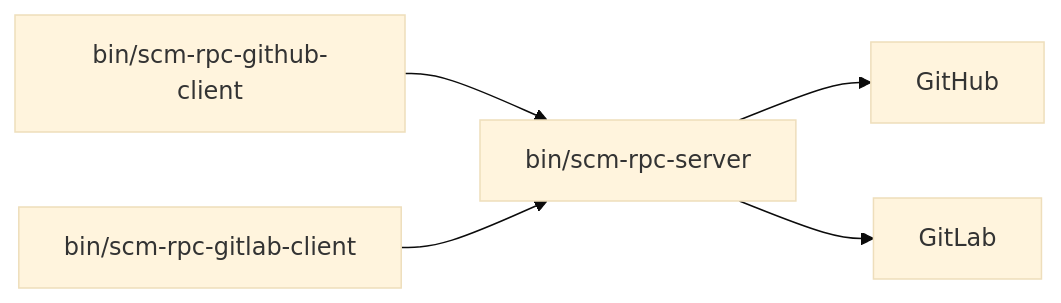
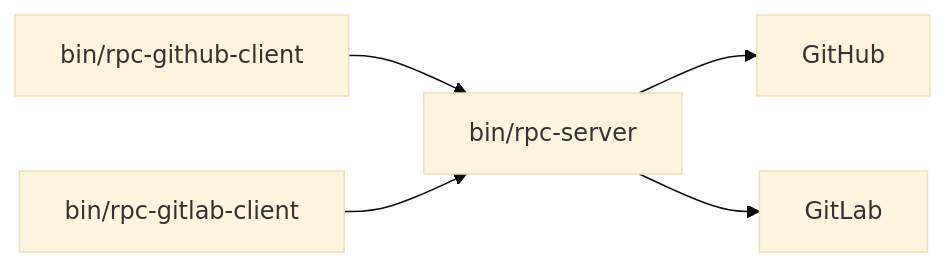
The first of 2 diagrams in README.md (getsentry/scm-platform), drawn with Mermaid (base theme) before and after one commit. The commit also changed other lines of this file and 7 other files, not shown here.

````diff
--- a/README.md
+++ b/README.md
@@ -72,7 +44,7 @@
 ```mermaid
 flowchart LR
-    bin/scm-rpc-github-client --> bin/scm-rpc-server
-    bin/scm-rpc-gitlab-client --> bin/scm-rpc-server
-    bin/scm-rpc-server --> GitHub
-    bin/scm-rpc-server --> GitLab
+    bin/rpc-github-client --> bin/rpc-server
+    bin/rpc-gitlab-client --> bin/rpc-server
+    bin/rpc-server --> GitHub
+    bin/rpc-server --> GitLab
 ```
````
